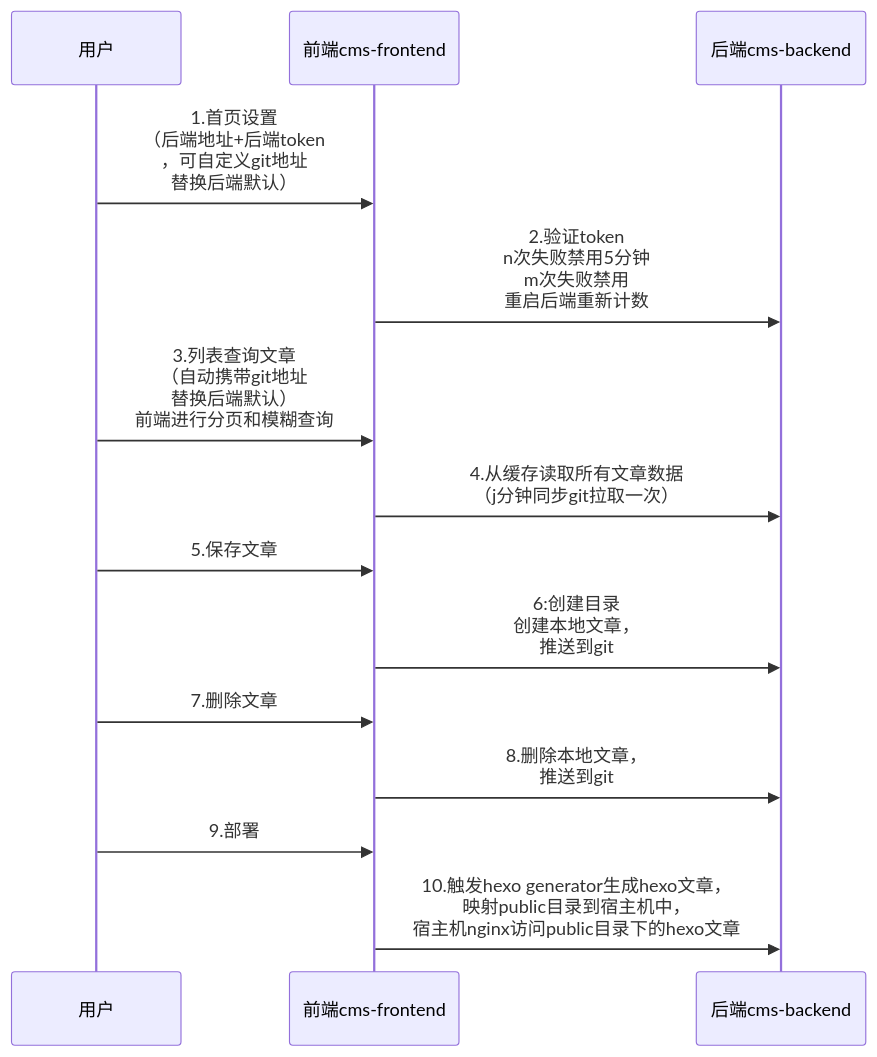
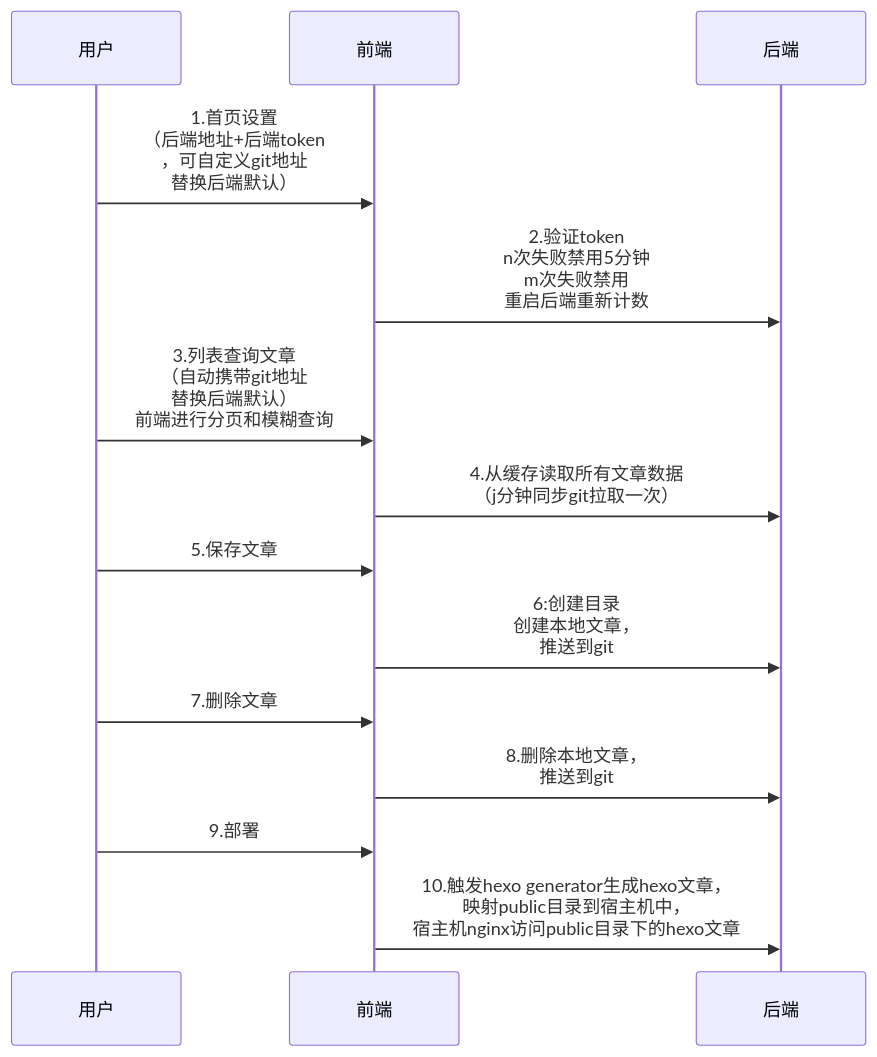
One commit to brightChenGit/headless-cms-hexo changed the diagram in README.md. Above: the diagram before and after it, drawn with Mermaid.

Commit message:
readme修改

````diff
--- a/README.md
+++ b/README.md
@@ -11,16 +11,16 @@
 ```mermaid
 sequenceDiagram
    participant 用户
-   participant 前端cms-frontend
-   participant 后端cms-backend
-   用户->>前端cms-frontend:1.首页设置<br/>（后端地址+后端token<br/>，可自定义git地址<br/>替换后端默认）
-   前端cms-frontend->>后端cms-backend:2.验证token<br/> n次失败禁用5分钟<br/>m次失败禁用<br/>重启后端重新计数
-   用户->>前端cms-frontend:3.列表查询文章<br/>（自动携带git地址<br/>替换后端默认）<br/>前端进行分页和模糊查询
-   前端cms-frontend->>后端cms-backend:4.从缓存读取所有文章数据<br/>（j分钟同步git拉取一次）
-   用户->>前端cms-frontend:5.保存文章
-   前端cms-frontend->>后端cms-backend:6:创建目录<br/>创建本地文章，<br/>推送到git
-   用户->>前端cms-frontend:7.删除文章
-   前端cms-frontend->>后端cms-backend:8.删除本地文章，<br/>推送到git
-   用户->>前端cms-frontend:9.部署
-   前端cms-frontend->>后端cms-backend:10.触发hexo generator生成hexo文章，<br/>映射public目录到宿主机中，<br/>宿主机nginx访问public目录下的hexo文章
+   participant 前端
+   participant 后端
+   用户->>前端:1.首页设置<br/>（后端地址+后端token<br/>，可自定义git地址<br/>替换后端默认）
+   前端->>后端:2.验证token<br/> n次失败禁用5分钟<br/>m次失败禁用<br/>重启后端重新计数
+   用户->>前端:3.列表查询文章<br/>（自动携带git地址<br/>替换后端默认）<br/>前端进行分页和模糊查询
+   前端->>后端:4.从缓存读取所有文章数据<br/>（j分钟同步git拉取一次）
+   用户->>前端:5.保存文章
+   前端->>后端:6:创建目录<br/>创建本地文章，<br/>推送到git
+   用户->>前端:7.删除文章
+   前端->>后端:8.删除本地文章，<br/>推送到git
+   用户->>前端:9.部署
+   前端->>后端:10.触发hexo generator生成hexo文章，<br/>映射public目录到宿主机中，<br/>宿主机nginx访问public目录下的hexo文章
 ```
````
